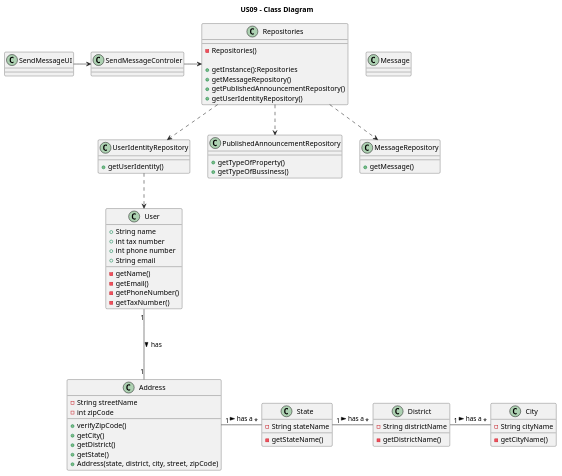
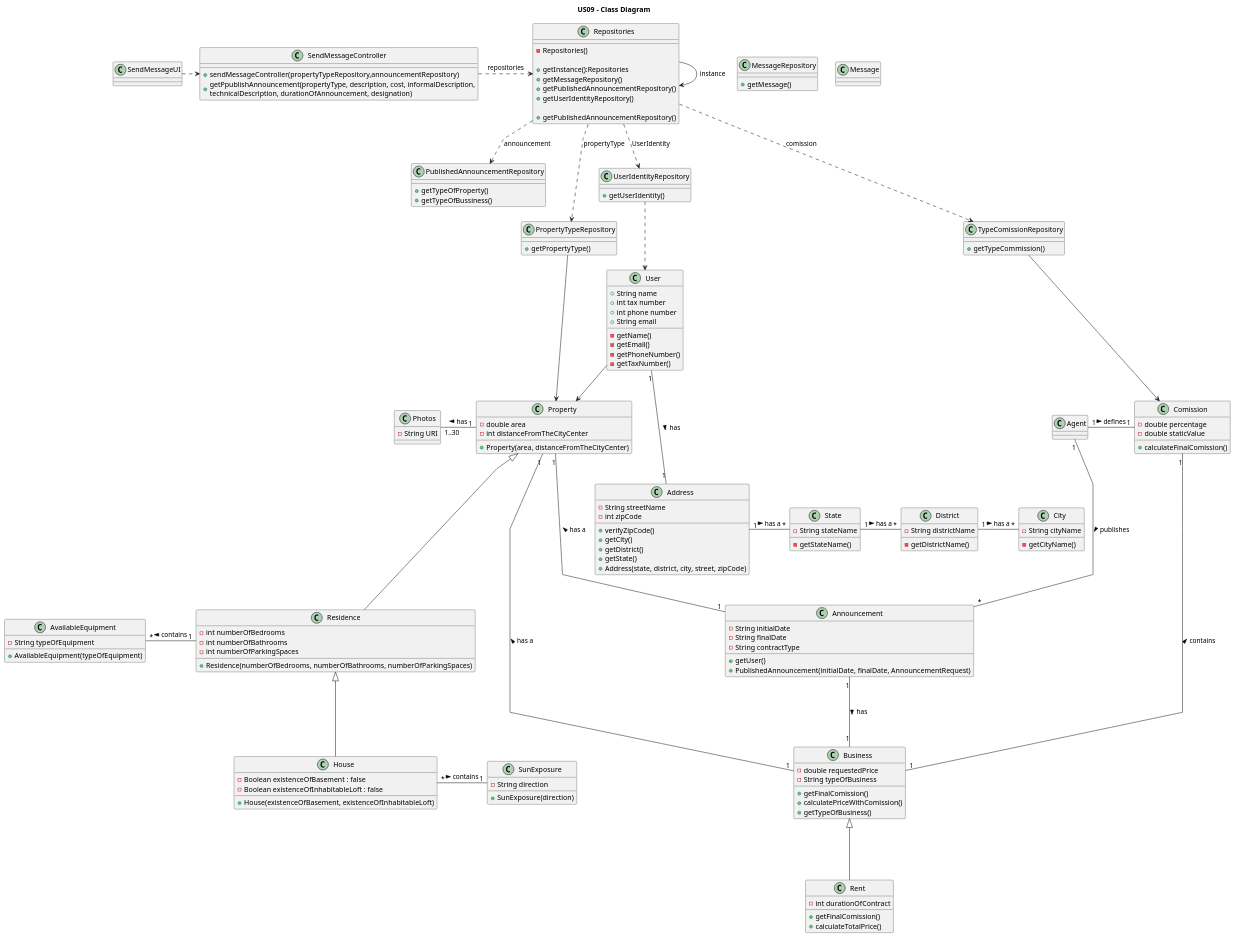
The diagram in docs/sprintC/US09/03.design/puml/us09-class-diagram.puml (PureNimble/ISEP-LAPR2), drawn with PlantUML before and after one commit. The commit also changed 1 other file, not shown here.

Commit message:
US09- Class Diagram update and Read Me (requerements - engeneering) update

```diff
--- a/docs/sprintC/US09/03.design/puml/us09-class-diagram.puml
+++ b/docs/sprintC/US09/03.design/puml/us09-class-diagram.puml
@@ -9,30 +9,44 @@
 
 title US09 - Class Diagram
 
-class SendMessageUI {
+
+class SendMessageUI
+
+
+class SendMessageController {
+    + sendMessageController(propertyTypeRepository,announcementRepository)
+    + getPpublishAnnouncement(propertyType, description, cost, informalDescription,\ntechnicalDescription, durationOfAnnouncement, designation)
 }
 
-class SendMessageControler {
-}
+SendMessageUI .> SendMessageController
 
 class Repositories {
-
 -Repositories()
 
 +getInstance():Repositories
 +getMessageRepository()
 +getPublishedAnnouncementRepository()
 +getUserIdentityRepository()
+
 }
 
-class UserIdentityRepository {
-+getUserIdentity()
-}
 
 class PublishedAnnouncementRepository {
 
 + getTypeOfProperty()
 + getTypeOfBussiness()
+}
+
+class PropertyTypeRepository{
+    + getPropertyType()
+}
+
+class UserIdentityRepository{
++getUserIdentity()
+}
+
+class TypeComissionRepository{
++ getTypeCommission()
 }
 
 class MessageRepository {
@@ -42,6 +56,49 @@
 class Message {
 
 }
+
+
+
+class Property {
+    - double area
+    - int distanceFromTheCityCenter
+
+    +Property(area, distanceFromTheCityCenter)
+}
+
+class Photos{
+    - String URI
+}
+
+class House {
+    - Boolean existenceOfBasement : false
+    - Boolean existenceOfInhabitableLoft : false
+
+    +House(existenceOfBasement, existenceOfInhabitableLoft)
+}
+
+class Residence {
+ - int numberOfBedrooms
+ - int numberOfBathrooms
+ - int numberOfParkingSpaces
+
+    +Residence(numberOfBedrooms, numberOfBathrooms, numberOfParkingSpaces)
+}
+
+class SunExposure {
+    - String direction
+
+    +SunExposure(direction)
+}
+
+class AvailableEquipment {
+    - String typeOfEquipment
+
+    +AvailableEquipment(typeOfEquipment)
+}
+
+
+
 
 
 class User{
@@ -89,13 +146,63 @@
 
 
 
-SendMessageUI -right-> SendMessageControler
 
-SendMessageControler -right-> Repositories
+class Comission{
+     - double percentage
+     - double staticValue
 
-Repositories ..> UserIdentityRepository
-Repositories ..> PublishedAnnouncementRepository
-Repositories ..> MessageRepository
+    + calculateFinalComission()
+}
+
+
+class Rent {
+    - int durationOfContract
+
+    +getFinalComission()
+    +calculateTotalPrice()
+}
+
+class Announcement {
+    - String initialDate
+    - String finalDate
+    - String contractType
+
+    +getUser()
+    +PublishedAnnouncement(initialDate, finalDate, AnnouncementRequest)
+}
+
+class Business {
+    - double requestedPrice
+    -String typeOfBusiness
+
+    +getFinalComission()
+    +calculatePriceWithComission()
+    +getTypeOfBusiness()
+}
+
+class Repositories
+{
+    + getPublishedAnnouncementRepository()
+}
+
+
+
+SendMessageController .> Repositories : repositories
+Repositories --> Repositories :instance
+Repositories ..> UserIdentityRepository : UserIdentity
+Repositories ..> TypeComissionRepository : comission
+Repositories ..> PublishedAnnouncementRepository : announcement
+Repositories ..> PropertyTypeRepository : propertyType
+
+
+
+PropertyTypeRepository --> Property
+Residence <|-down-- House
+Property <|-down-- Residence
+Property "1" -left- "1..30" Photos: has >
+SunExposure "1" --right- "*" House: contains <
+AvailableEquipment "*" -right- "1" Residence: contains <
+
 
 
 
@@ -104,5 +211,18 @@
 District "*"-left- "1" State: has a  <
 User "1" --- "1" Address: has >
 UserIdentityRepository ..> User
+User --> Property
+
+
+
+TypeComissionRepository -down-> Comission
+Comission "1" -up "1" Agent: defines <
+Comission "1" -- "1" Business: contains <
+Property "1" - "1" Business: has a <
+Announcement "1" --- "1" Business: has >
+Announcement "1" --up- "1" Property: has a >
+Announcement "*" -up-- "1" Agent: publishes <
+Business <|--- Rent
+
 
 @enduml
```
